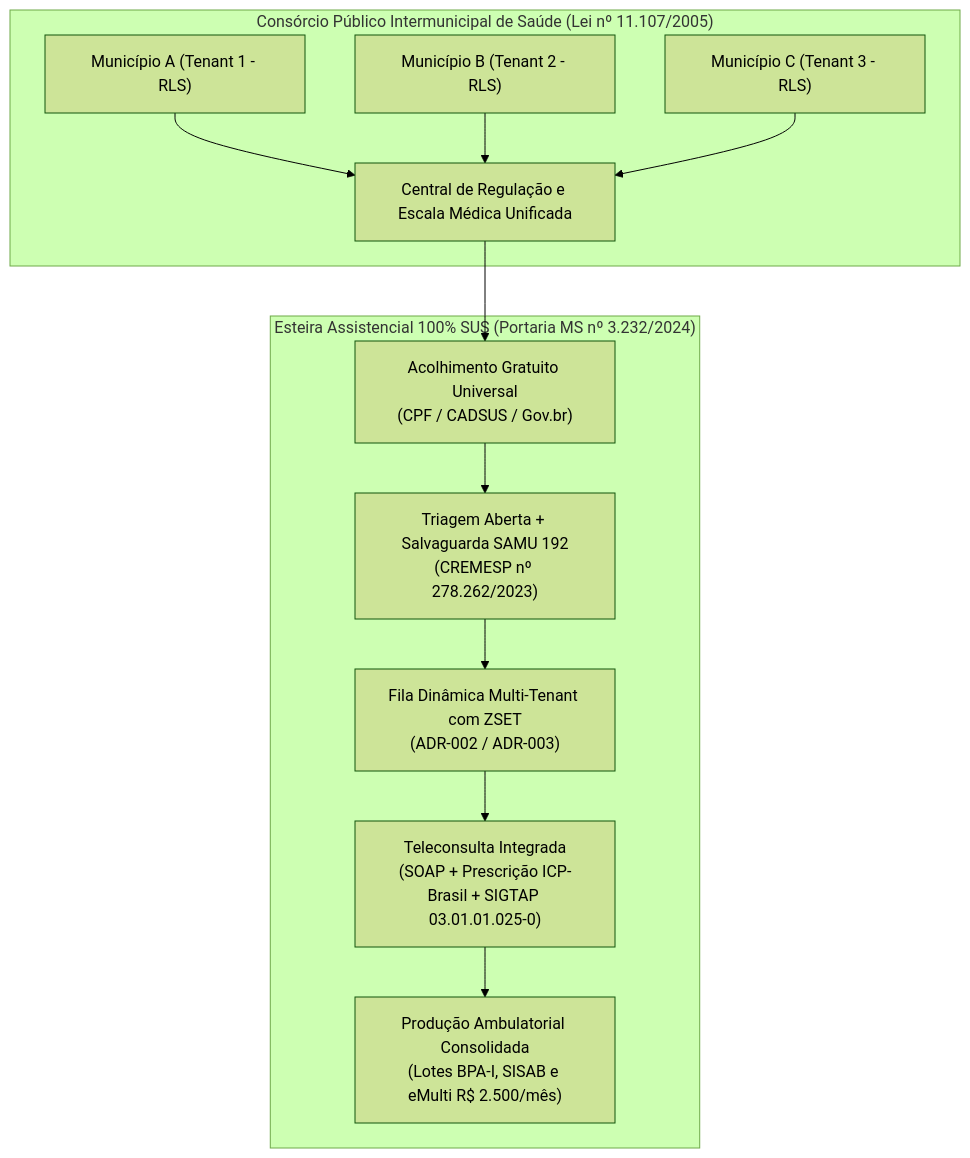
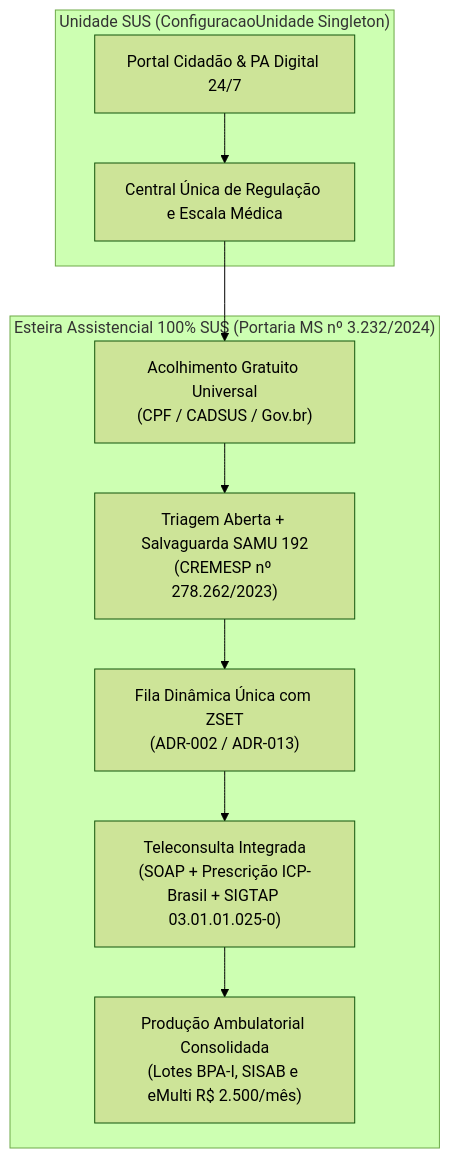
Before and after one commit to Rafaelp122/medisync: the second of 2 diagrams in docs/explanation/business-vision.md, drawn with Mermaid (forest theme). The commit also changed other lines of this file and 400 other files, not shown here.

First line of the commit message:
refactor!: simplificar arquitetura para plataforma única sem multi-tenancy e RLS

````diff
--- a/docs/explanation/business-vision.md
+++ b/docs/explanation/business-vision.md
@@ -146,16 +146,14 @@
 ```mermaid
 flowchart TD
-    subgraph Consorcio["Consórcio Público Intermunicipal de Saúde (Lei nº 11.107/2005)"]
-        M1["Município A (Tenant 1 - RLS)"] --> Hub["Central de Regulação e Escala Médica Unificada"]
-        M2["Município B (Tenant 2 - RLS)"] --> Hub
-        M3["Município C (Tenant 3 - RLS)"] --> Hub
+    subgraph Unidade["Unidade SUS (ConfiguracaoUnidade Singleton)"]
+        Portal["Portal Cidadão & PA Digital 24/7"] --> Hub["Central Única de Regulação e Escala Médica"]
     end
 
     subgraph EsteiraSUS["Esteira Assistencial 100% SUS (Portaria MS nº 3.232/2024)"]
         Hub --> Acolhe["Acolhimento Gratuito Universal<br/>(CPF / CADSUS / Gov.br)"]
         Acolhe --> Triagem["Triagem Aberta + Salvaguarda SAMU 192<br/>(CREMESP nº 278.262/2023)"]
-        Triagem --> Fila["Fila Dinâmica Multi-Tenant com ZSET<br/>(ADR-002 / ADR-003)"]
+        Triagem --> Fila["Fila Dinâmica Única com ZSET<br/>(ADR-002 / ADR-013)"]
         Fila --> Consulta["Teleconsulta Integrada<br/>(SOAP + Prescrição ICP-Brasil + SIGTAP 03.01.01.025-0)"]
         Consulta --> Ambulatory["Produção Ambulatorial Consolidada<br/>(Lotes BPA-I, SISAB e eMulti R$ 2.500/mês)"]
     end
 ```
````
